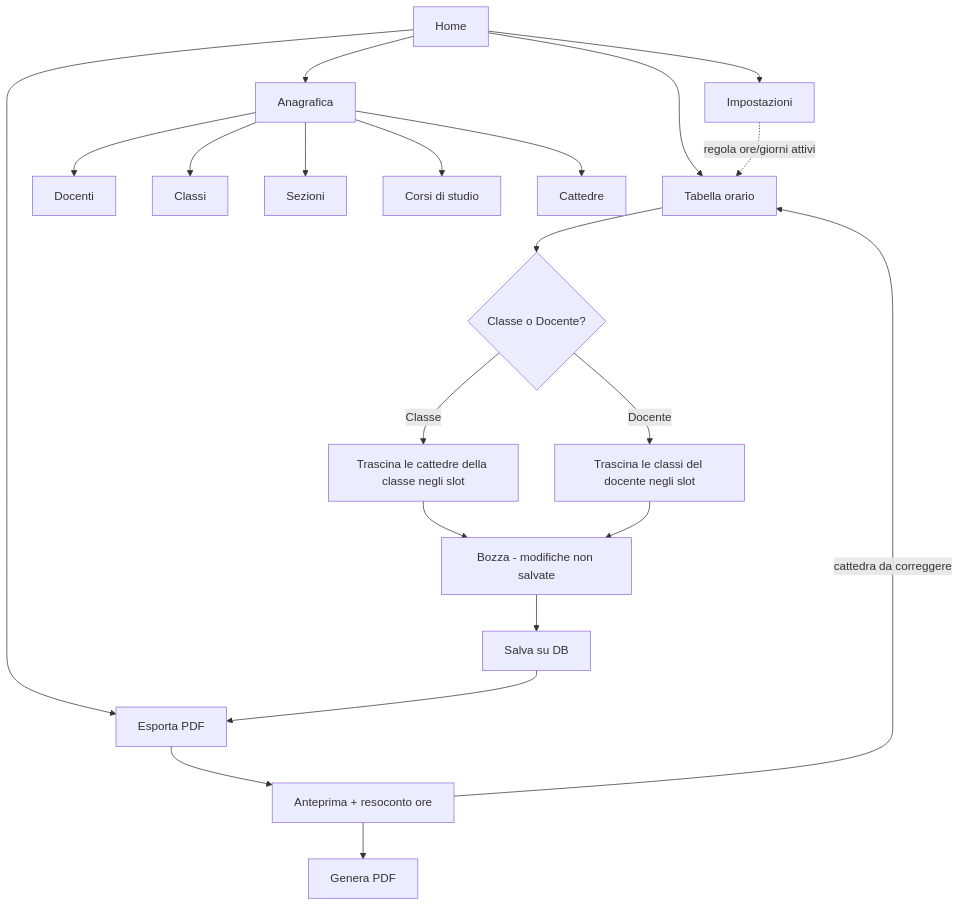
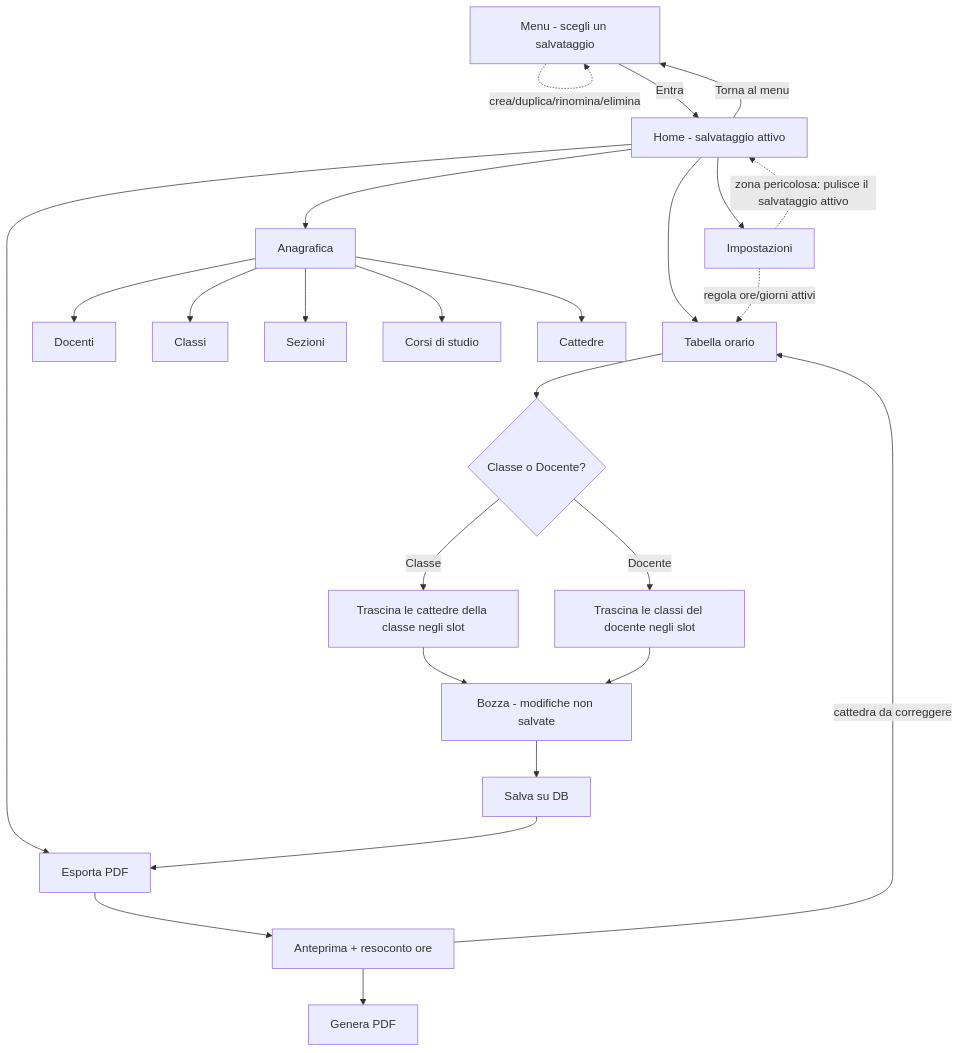
The diagram in README.md (fcaneo00/school-grid), drawn with Mermaid before and after one commit. The commit also changed other lines of this file, not shown here.

````diff
--- a/README.md
+++ b/README.md
@@ -40,27 +43,33 @@
 ```mermaid
 flowchart TD
-    Home["Home"] --> Anagrafica["Anagrafica"]
+    Menu["Menu - scegli un salvataggio"]
+    Menu -.->|crea/duplica/rinomina/elimina| Menu
+    Menu -->|Entra| Home["Home - salvataggio attivo"]
+    Home -->|Torna al menu| Menu
+
+    Home --> Anagrafica["Anagrafica"]
     Home --> Orario["Tabella orario"]
     Home --> PDF["Esporta PDF"]
     Home --> Impostazioni["Impostazioni"]
 
     Anagrafica --> Docenti["Docenti"]
     Anagrafica --> Classi["Classi"]
     Anagrafica --> Sezioni["Sezioni"]
     Anagrafica --> Corsi["Corsi di studio"]
     Anagrafica --> Cattedre["Cattedre"]
 
     Impostazioni -.->|regola ore/giorni attivi| Orario
+    Impostazioni -.->|zona pericolosa: pulisce il salvataggio attivo| Home
 
     Orario --> Modalita{"Classe o Docente?"}
     Modalita -->|Classe| GrigliaClasse["Trascina le cattedre della classe negli slot"]
     Modalita -->|Docente| GrigliaDocente["Trascina le classi del docente negli slot"]
     GrigliaClasse --> Bozza["Bozza - modifiche non salvate"]
     GrigliaDocente --> Bozza
     Bozza --> Salva["Salva su DB"]
 
     Salva --> PDF
     PDF --> Anteprima["Anteprima + resoconto ore"]
     Anteprima -->|cattedra da correggere| Orario
     Anteprima --> Genera["Genera PDF"]
 ```
````
